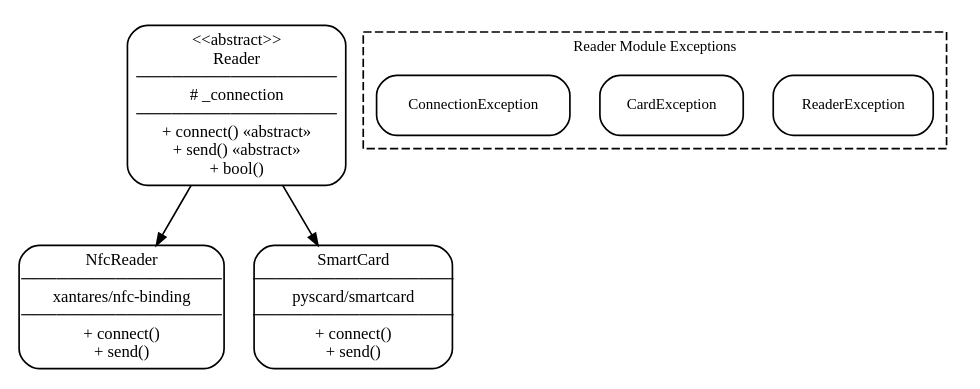
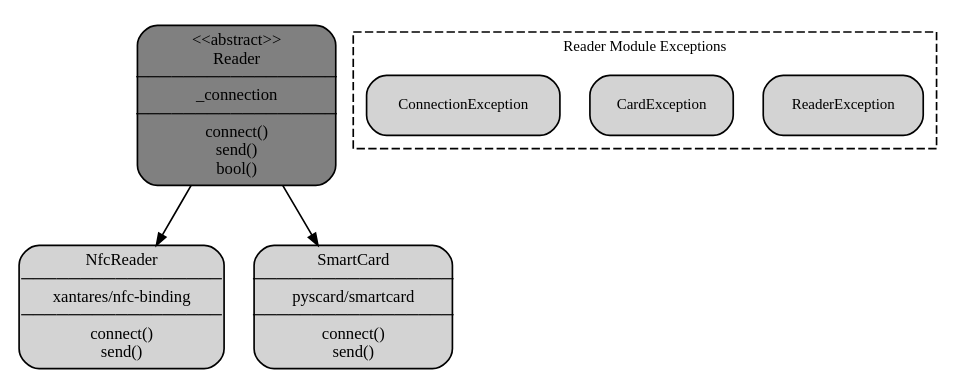
The eighth of 8 diagrams in docs/class_diagrams.rst (Cryptnox-Software/cryptnoxpy), drawn with Graphviz before and after one commit. The commit also changed other lines of this file and 1 other file, not shown here.

Commit message:
Added gray colors to class diagrams

```diff
--- a/docs/class_diagrams.rst
+++ b/docs/class_diagrams.rst
@@ -312,34 +312,34 @@
 .. graphviz::
    :caption: Reader implementations (NfcReader and SmartCard reader)
 
    digraph reader_hierarchy {
       rankdir=TB;
-      node [shape=box, style="rounded", fontsize=10, color=black, fontcolor=black];
+      node [shape=box, style="rounded,filled", fontsize=10, color=black, fontcolor=black, fillcolor=lightgray];
       edge [arrowsize=0.7, color=black];
       
       // Base abstract class
-      Reader [label="<<abstract>>\nReader\n─────────────────\n# _connection\n─────────────────\n+ connect() «abstract»\n+ send() «abstract»\n+ bool()"];
+      Reader [label="<<abstract>>\nReader\n─────────────────\n_connection\n─────────────────\nconnect()\nsend()\nbool()", fillcolor=gray];
       
       // Concrete implementations
-      NfcReader [label="NfcReader\n─────────────────\nxantares/nfc-binding\n─────────────────\n+ connect()\n+ send()"];
-      SmartCardReader [label="SmartCard\n─────────────────\npyscard/smartcard\n─────────────────\n+ connect()\n+ send()"];
+      NfcReader [label="NfcReader\n─────────────────\nxantares/nfc-binding\n─────────────────\nconnect()\nsend()"];
+      SmartCardReader [label="SmartCard\n─────────────────\npyscard/smartcard\n─────────────────\nconnect()\nsend()"];
       
       // Reader module exceptions
       ReaderException [label="ReaderException", fontsize=9];
       CardException [label="CardException", fontsize=9];
       ConnException [label="ConnectionException", fontsize=9];
       
       // Inheritance
       Reader -> NfcReader;
       Reader -> SmartCardReader;
       
       // Group exceptions
       subgraph cluster_exceptions {
          label="Reader Module Exceptions";
          style=dashed;
          fontsize=9;
          color=black;
          fontcolor=black;
          ReaderException; CardException; ConnException;
       }
    }
```
